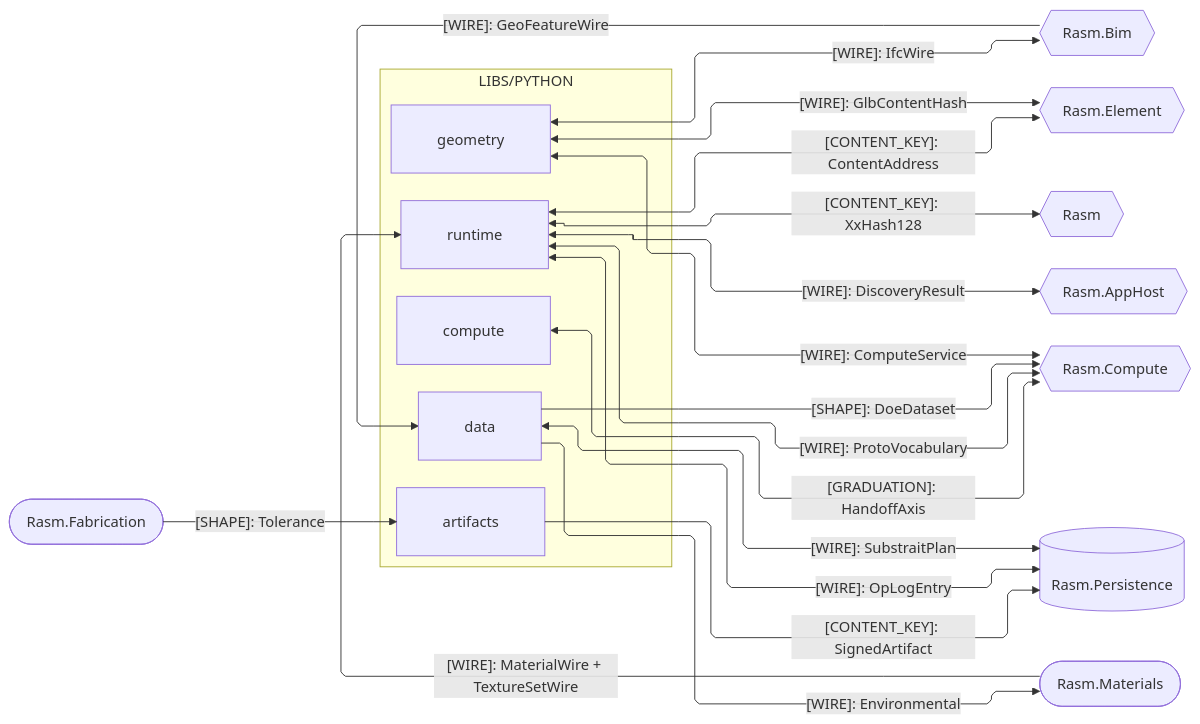
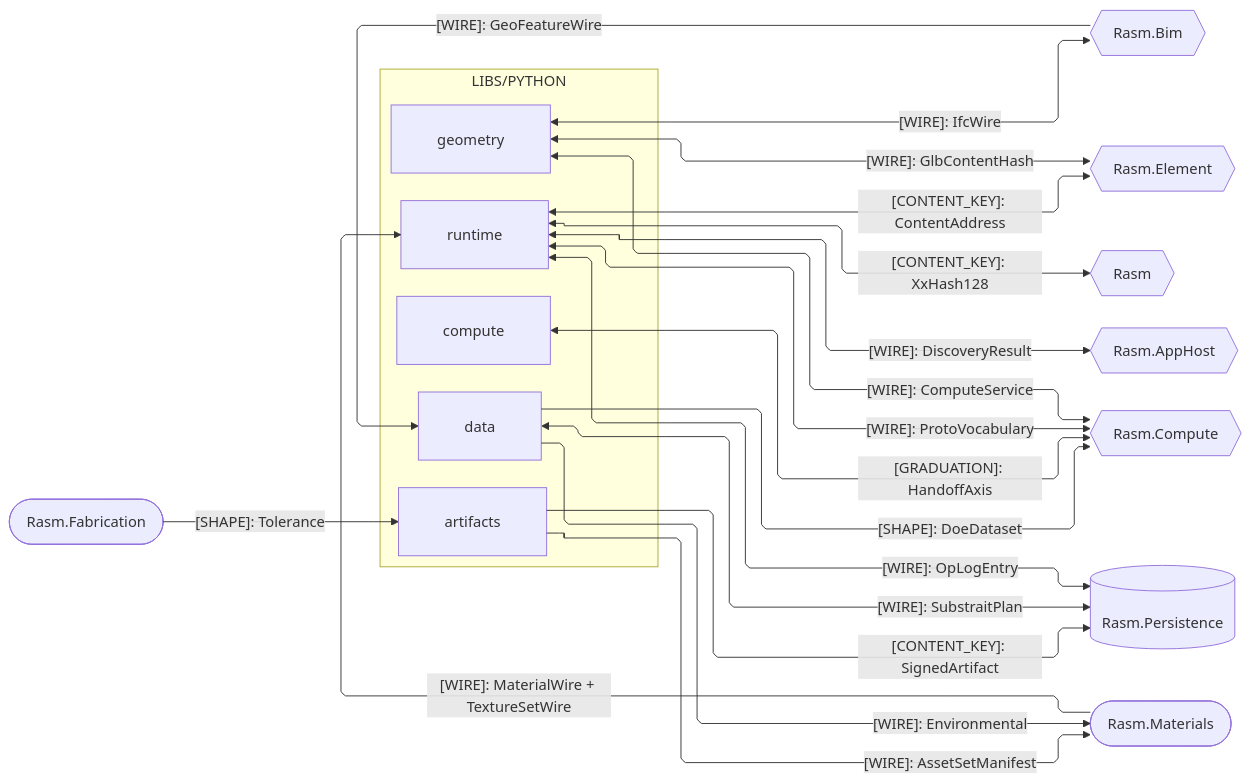
One commit to bsamiee/Rasm changed the second of 4 diagrams in libs/python/.planning/ARCHITECTURE.md. Above: the diagram before and after it, drawn with Mermaid. The commit also changed other lines of this file and 108 other files, not shown here.

Commit message:
Land the coldpass doc-set deltas across README, ARCHITECTURE, RULINGS, IDEAS, and TASKLOG files

````diff
--- a/libs/python/.planning/ARCHITECTURE.md
+++ b/libs/python/.planning/ARCHITECTURE.md
@@ -69,43 +73,44 @@
 ```mermaid
 ---
 config:
   layout: elk
   flowchart:
     curve: linear
     padding: 25
 ---
 flowchart LR
     accTitle: Python branch C# seam registry
     accDescr: Python packages exchanging kinded contract shapes with their C# counterparts; every edge carries kind plus shape.
     subgraph python[LIBS/PYTHON]
         Geometry[geometry]
         Runtime[runtime]
         Compute[compute]
         Data[data]
         Artifacts[artifacts]
     end
     Bim{{Rasm.Bim}}
     Element{{Rasm.Element}}
     Rasm{{Rasm}}
     AppHost{{Rasm.AppHost}}
     RasmCompute{{Rasm.Compute}}
     Persistence[(Rasm.Persistence)]
     Materials([Rasm.Materials])
     Fabrication([Rasm.Fabrication])
     Geometry e12@<-->|"[WIRE]: IfcWire"| Bim
     Geometry e13@<-->|"[WIRE]: GlbContentHash"| Element
     Geometry e11@<-->|"[WIRE]: ComputeService"| RasmCompute
     Runtime e5@<-->|"[CONTENT_KEY]: ContentAddress"| Element
     Runtime e1@<-->|"[CONTENT_KEY]: XxHash128"| Rasm
     Runtime e2@<-->|"[WIRE]: DiscoveryResult"| AppHost
     Runtime e4@<-->|"[WIRE]: ProtoVocabulary"| RasmCompute
     Runtime e3@<-->|"[WIRE]: OpLogEntry"| Persistence
     Compute e10@<-->|"[GRADUATION]: HandoffAxis"| RasmCompute
     Data e7@-->|"[SHAPE]: DoeDataset"| RasmCompute
     Data e6@<-->|"[WIRE]: SubstraitPlan"| Persistence
     Data e8@-->|"[WIRE]: Environmental"| Materials
     Materials e16@-->|"[WIRE]: MaterialWire + TextureSetWire"| Runtime
+    Artifacts e17@-->|"[WIRE]: AssetSetManifest"| Materials
     Bim e9@-->|"[WIRE]: GeoFeatureWire"| Data
     Artifacts e14@-->|"[CONTENT_KEY]: SignedArtifact"| Persistence
     Fabrication e15@-->|"[SHAPE]: Tolerance"| Artifacts
 ```
````
